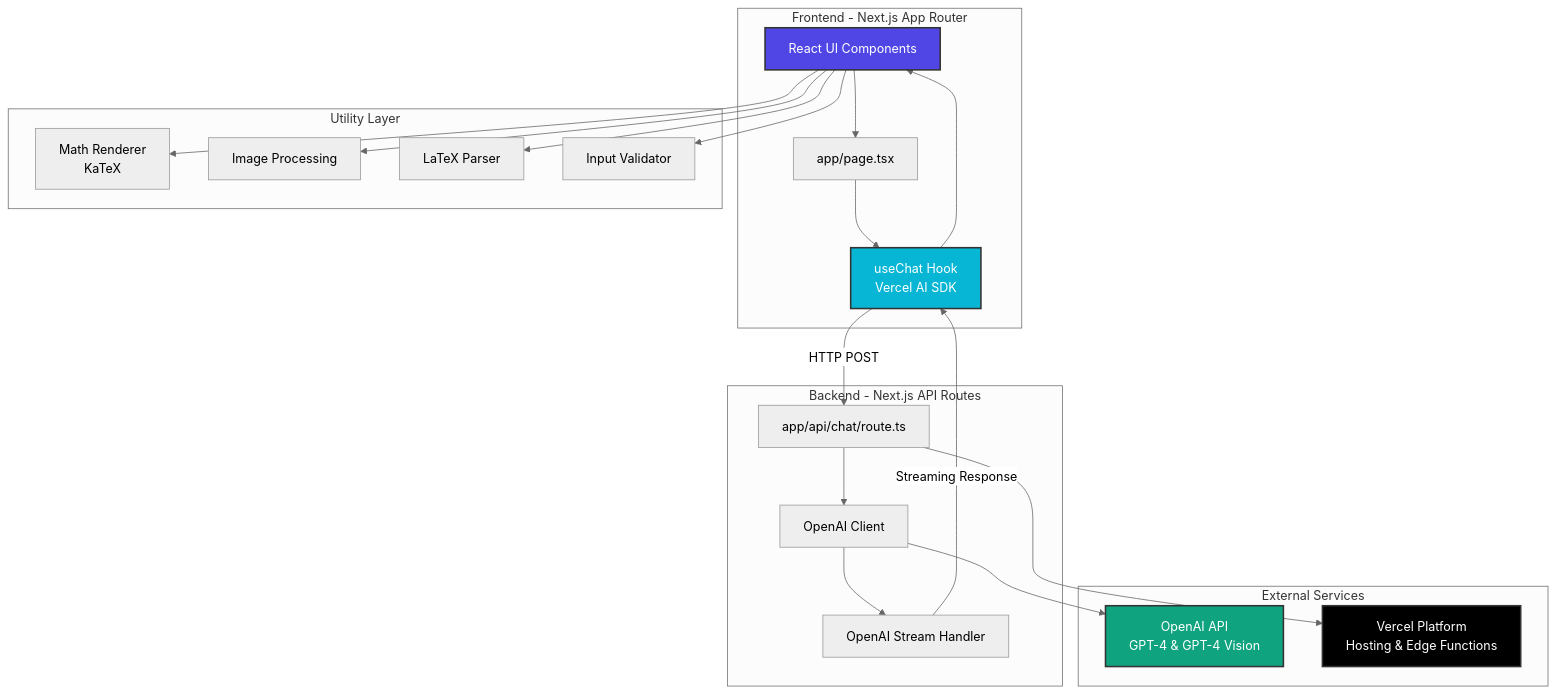
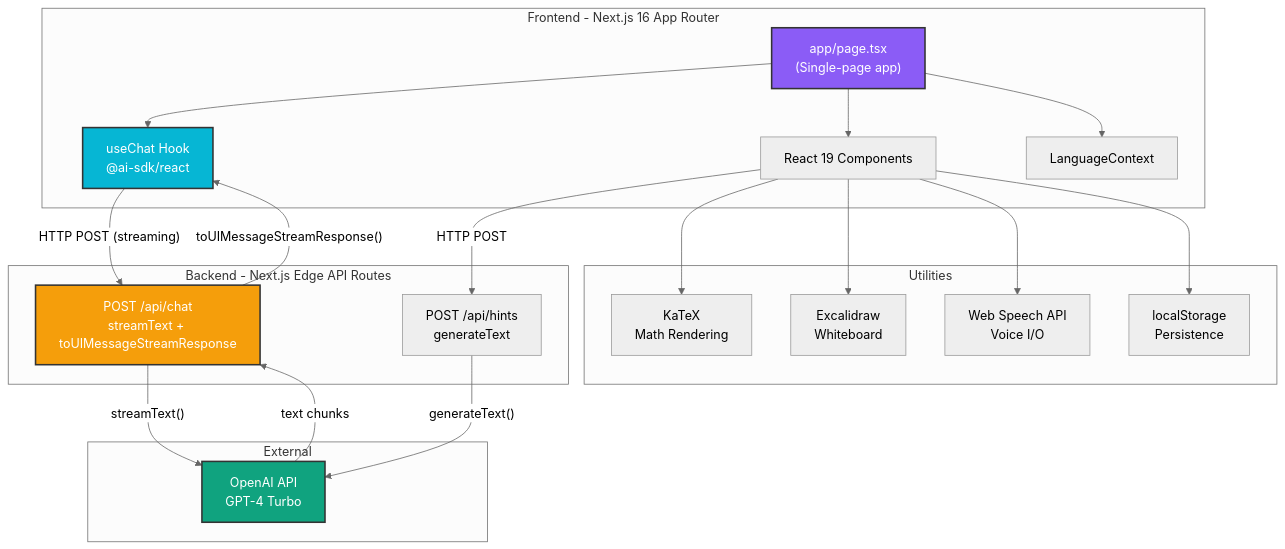
Before and after one commit to Rhoahndur/Gandalf: the first of 15 diagrams in architecture.md, drawn with Mermaid (neutral theme). The commit also changed other lines of this file and 15 other files, not shown here.

````diff
--- a/architecture.md
+++ b/architecture.md
@@ -27,48 +26,44 @@
 ```mermaid
 graph TB
-    subgraph "Frontend - Next.js App Router"
-        UI[React UI Components]
-        Page[app/page.tsx]
-        UseChat[useChat Hook<br/>Vercel AI SDK]
+    subgraph "Frontend - Next.js 16 App Router"
+        Page["app/page.tsx<br/>(Single-page app)"]
+        UseChat["useChat Hook<br/>@ai-sdk/react"]
+        Components["React 19 Components"]
+        Context["LanguageContext"]
     end
-    
-    subgraph "Backend - Next.js API Routes"
-        APIRoute[app/api/chat/route.ts]
-        OpenAIClient[OpenAI Client]
-        StreamHandler[OpenAI Stream Handler]
+
+    subgraph "Backend - Next.js Edge API Routes"
+        ChatAPI["POST /api/chat<br/>streamText + toUIMessageStreamResponse"]
+        HintsAPI["POST /api/hints<br/>generateText"]
     end
-    
-    subgraph "Utility Layer"
-        Math[Math Renderer<br/>KaTeX]
-        Image[Image Processing]
-        Parser[LaTeX Parser]
-        Validator[Input Validator]
+
+    subgraph "Utilities"
+        KaTeX["KaTeX<br/>Math Rendering"]
+        Excalidraw["Excalidraw<br/>Whiteboard"]
+        WebSpeech["Web Speech API<br/>Voice I/O"]
+        Storage["localStorage<br/>Persistence"]
     end
-    
-    subgraph "External Services"
-        OpenAI[OpenAI API<br/>GPT-4 & GPT-4 Vision]
-        Vercel[Vercel Platform<br/>Hosting & Edge Functions]
+
+    subgraph "External"
+        OpenAI["OpenAI API<br/>GPT-4 Turbo"]
     end
-    
-    UI --> Page
+
     Page --> UseChat
-    UseChat -->|HTTP POST| APIRoute
-    
-    APIRoute --> OpenAIClient
-    OpenAIClient --> StreamHandler
-    StreamHandler -->|Streaming Response| UseChat
-    UseChat --> UI
-    
-    UI --> Math
-    UI --> Image
-    UI --> Parser
-    UI --> Validator
-    
-    OpenAIClient --> OpenAI
-    APIRoute --> Vercel
-    
-    style UI fill:#4f46e5,stroke:#333,stroke-width:2px,color:#fff
+    Page --> Components
+    Page --> Context
+    UseChat -->|"HTTP POST (streaming)"| ChatAPI
+    Components -->|"HTTP POST"| HintsAPI
+    ChatAPI -->|"streamText()"| OpenAI
+    HintsAPI -->|"generateText()"| OpenAI
+    OpenAI -->|"text chunks"| ChatAPI
+    ChatAPI -->|"toUIMessageStreamResponse()"| UseChat
+    Components --> KaTeX
+    Components --> Excalidraw
+    Components --> WebSpeech
+    Components --> Storage
+
+    style Page fill:#8b5cf6,stroke:#333,stroke-width:2px,color:#fff
     style UseChat fill:#06b6d4,stroke:#333,stroke-width:2px,color:#fff
     style OpenAI fill:#10a37f,stroke:#333,stroke-width:2px,color:#fff
-    style Vercel fill:#000,stroke:#333,stroke-width:2px,color:#fff
+    style ChatAPI fill:#f59e0b,stroke:#333,stroke-width:2px,color:#fff
 ```
````
